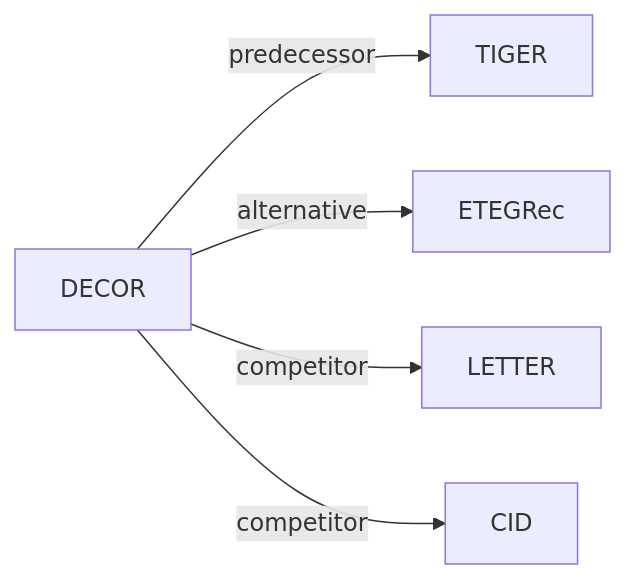
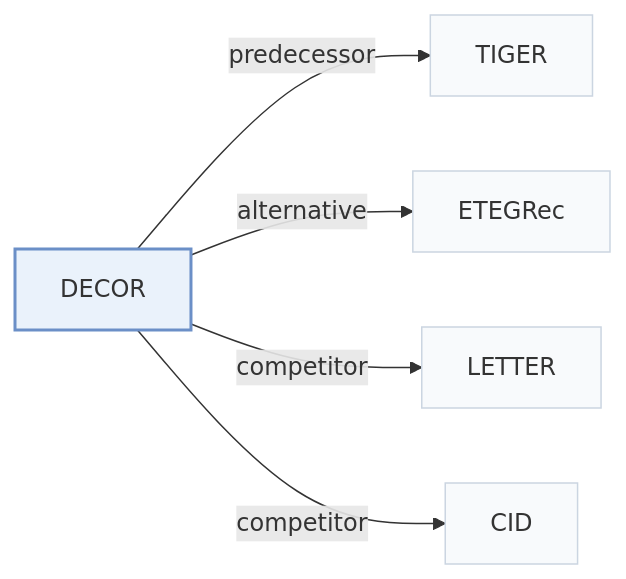
The second of 2 diagrams in pages/papers/decor.md (Galaxy-ghost/Awesome-SID-Generative-Rec), drawn with Mermaid before and after one commit. The commit also changed other lines of this file and 649 other files, not shown here.

Commit message:
writer-05: also tags and modality index (schema, check, build, visuals); summary field removed; calibration data for 12 papers

````diff
--- a/pages/papers/decor.md
+++ b/pages/papers/decor.md
@@ -67,8 +74,12 @@
 ```mermaid
 flowchart LR
     P["DECOR"]
-    P -->|predecessor| A["TIGER"]
-    P -->|alternative| B["ETEGRec"]
-    P -->|competitor| C["LETTER"]
-    P -->|competitor| D["CID"]
+    P -->|"predecessor"| A["TIGER"]
+    P -->|"alternative"| B["ETEGRec"]
+    P -->|"competitor"| C["LETTER"]
+    P -->|"competitor"| D["CID"]
+    classDef main fill:#eaf2fb,stroke:#6b8fc7,stroke-width:2px
+    classDef peer fill:#f8fafc,stroke:#cbd5e1
+    class P main
+    class A,B,C,D peer
 ```
````
